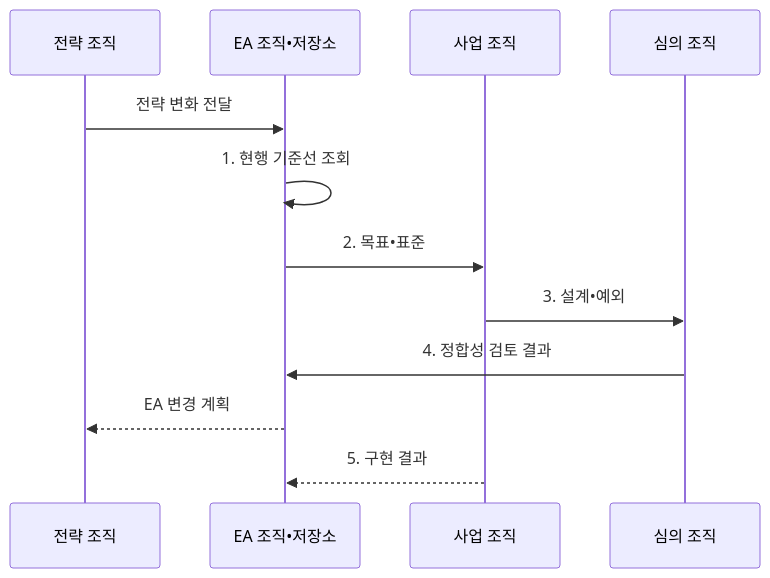
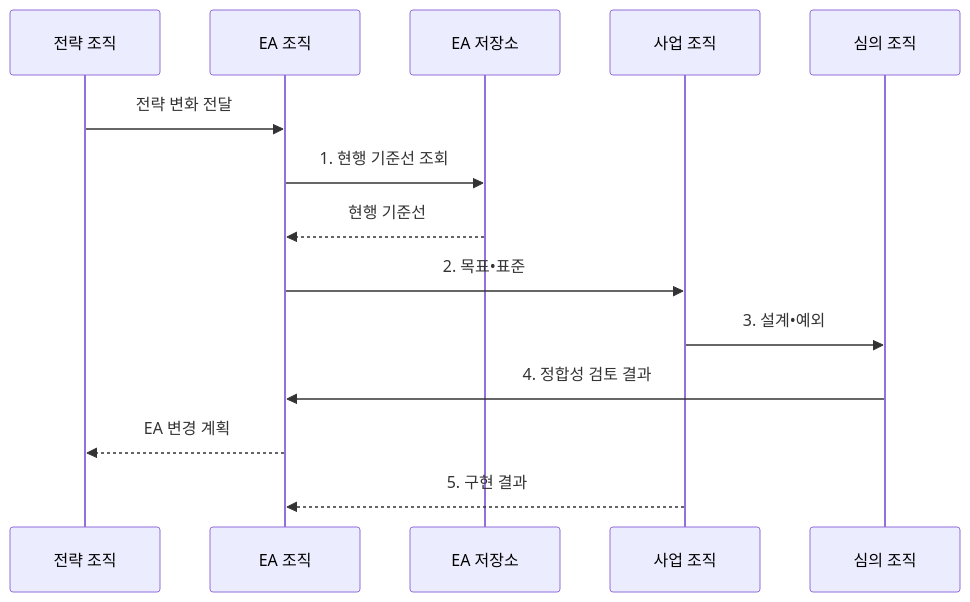
One commit to agnusdei1207/knowledge-base changed the second of 2 diagrams in src/content/docs/notes/03-software/189_enterprise_architecture.md. Above: the diagram before and after it, drawn with Mermaid. The commit also changed other lines of this file and 7 other files, not shown here.

````diff
--- a/src/content/docs/notes/03-software/189_enterprise_architecture.md
+++ b/src/content/docs/notes/03-software/189_enterprise_architecture.md
@@ -113,14 +113,16 @@
 ```mermaid
 sequenceDiagram
     participant S as 전략 조직
-    participant E as EA 조직•저장소
+    participant E as EA 조직
+    participant R as EA 저장소
     participant P as 사업 조직
     participant G as 심의 조직
     S->>E: 전략 변화 전달
-    E->>E: 1. 현행 기준선 조회
+    E->>R: 1. 현행 기준선 조회
+    R-->>E: 현행 기준선
     E->>P: 2. 목표•표준
     P->>G: 3. 설계•예외
     G->>E: 4. 정합성 검토 결과
     E-->>S: EA 변경 계획
     P-->>E: 5. 구현 결과
 ```
````
